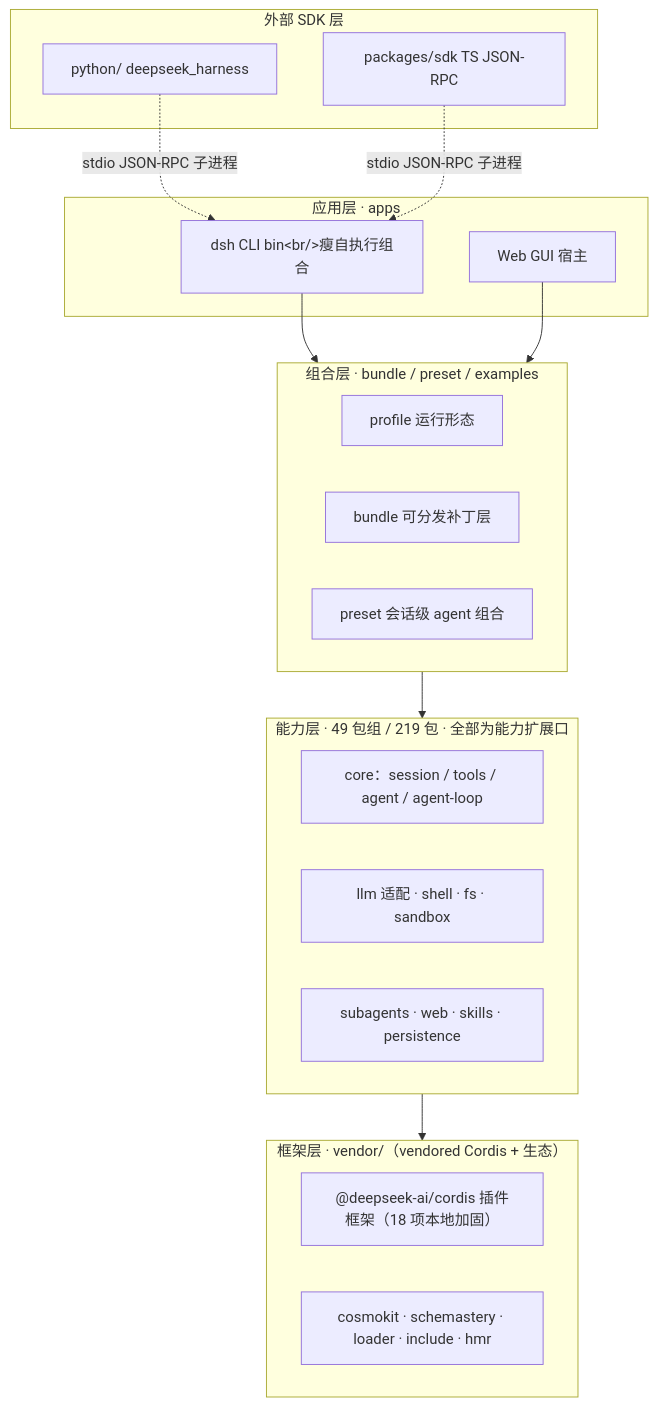
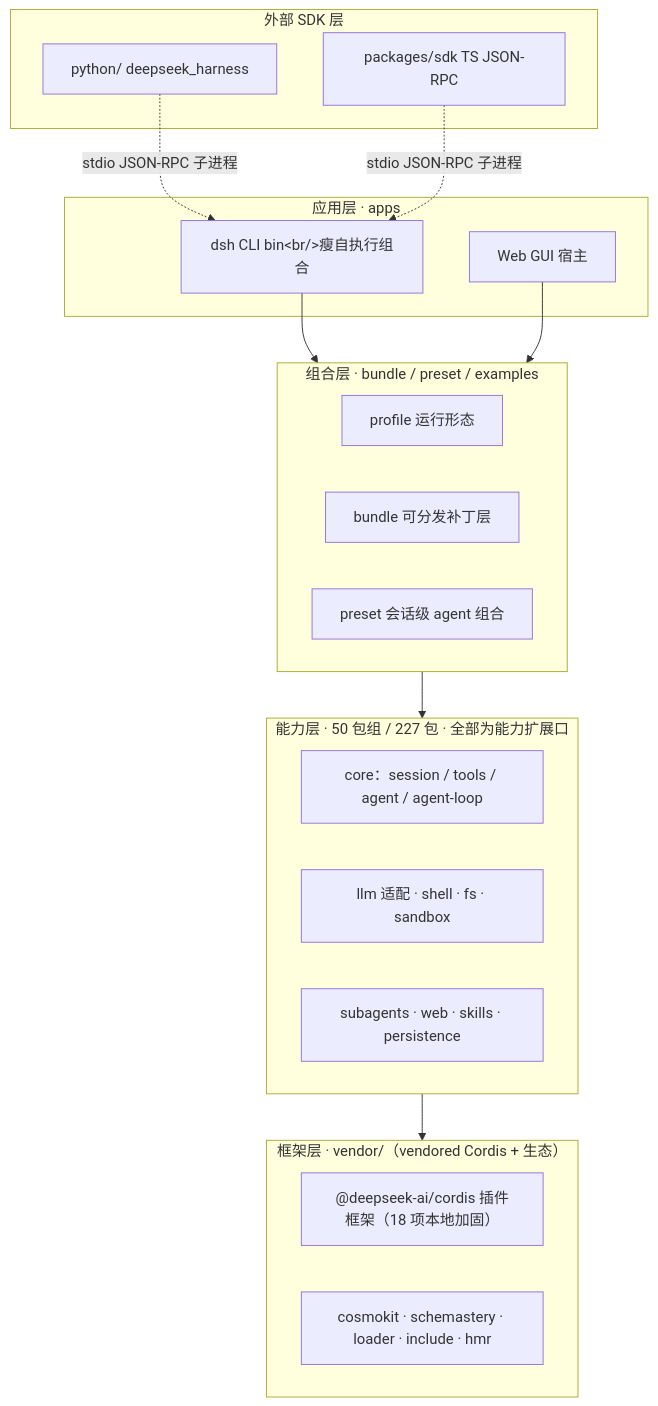
Before and after one commit to ZZKeepCurious/mini-deepseek-harness-python: the diagram in docs/report/01-overview.md, drawn with Mermaid. The commit also changed other lines of this file and 18 other files, not shown here.

Commit message:
docs: audit docs against code & upstream — fix stale claims, bad examples, add diagram walkthroughs

````diff
--- a/docs/report/01-overview.md
+++ b/docs/report/01-overview.md
@@ -45,31 +45,31 @@
 ```mermaid
 flowchart TD
   subgraph L1["应用层 · apps"]
     A1["dsh CLI bin&lt;br/&gt;瘦自执行组合"]
     A2["Web GUI 宿主"]
   end
   subgraph L2["组合层 · bundle / preset / examples"]
     B1["profile 运行形态"]
     B2["bundle 可分发补丁层"]
     B3["preset 会话级 agent 组合"]
   end
-  subgraph L3["能力层 · 49 包组 / 219 包 · 全部为能力扩展口"]
+  subgraph L3["能力层 · 50 包组 / 227 包 · 全部为能力扩展口"]
     C1["core：session / tools / agent / agent-loop"]
     C2["llm 适配 · shell · fs · sandbox"]
     C3["subagents · web · skills · persistence"]
   end
   subgraph L4["框架层 · vendor/（vendored Cordis + 生态）"]
     D1["@deepseek-ai/cordis 插件框架（18 项本地加固）"]
     D2["cosmokit · schemastery · loader · include · hmr"]
   end
   subgraph L5["外部 SDK 层"]
     E1["python/ deepseek_harness"]
     E2["packages/sdk TS JSON-RPC"]
   end
   A1 --> L2
   A2 --> L2
   L2 --> L3
   L3 --> L4
   E1 -.stdio JSON-RPC 子进程.-> A1
   E2 -.stdio JSON-RPC 子进程.-> A1
 ```
````
